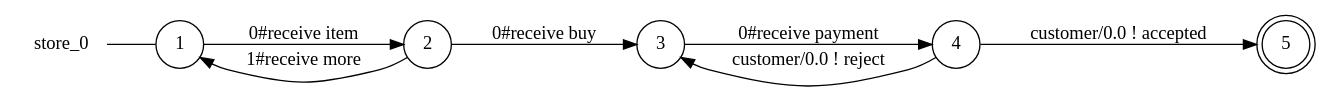
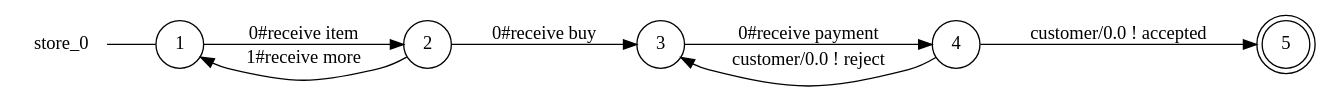
One commit to gabrielegenovese/chorer changed the diagram in examples/customer/store_0_local_view.dot. Above: the diagram before and after it, drawn with Graphviz. The commit also changed other lines of this file and 120 other files, not shown here.

```diff
--- a/examples/customer/store_0_local_view.dot
+++ b/examples/customer/store_0_local_view.dot
@@ -1,17 +1,17 @@
 digraph store_0 {
 	rankdir="LR";
 	n_0 [label="store_0", shape="plaintext"];
 	n_1 [id="1", shape=circle, label="1"];
 	n_0 -> n_1 [arrowhead=none];
 	n_2 [id="4", shape=circle, label="2"];
 	n_3 [id="6", shape=circle, label="4"];
 	n_4 [id="3", shape=circle, label="3"];
 	n_5 [id="2", shape=doublecircle, label="5"];
 
+	n_4 -> n_3 [id="[$e|3]", label="0#receive payment"];
 	n_3 -> n_5 [id="[$e|6]", label="customer/0.0 ! accepted"];
+	n_2 -> n_4 [id="[$e|0]", label="0#receive buy"];
+	n_2 -> n_1 [id="[$e|8]", label="1#receive more"];
 	n_1 -> n_2 [id="[$e|1]", label="0#receive item"];
-	n_4 -> n_3 [id="[$e|3]", label="0#receive payment"];
-	n_2 -> n_1 [id="[$e|8]", label="1#receive more"];
 	n_3 -> n_4 [id="[$e|9]", label="customer/0.0 ! reject"];
-	n_2 -> n_4 [id="[$e|0]", label="0#receive buy"];
 }
```
